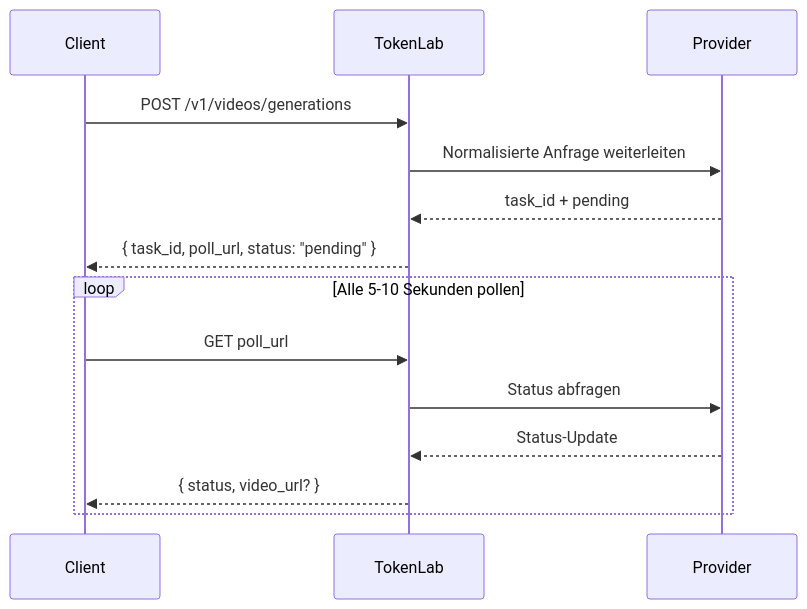
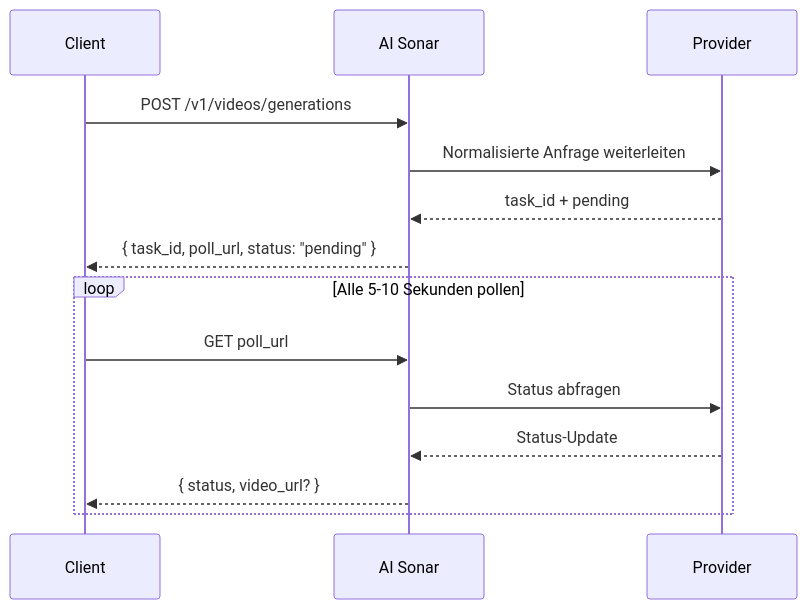
The diagram in de/guides/video-generation.mdx (hedging8563/aisonar-docs), drawn with Mermaid before and after one commit. The commit also changed other lines of this file and 1036 other files, not shown here.

````diff
--- a/de/guides/video-generation.mdx
+++ b/de/guides/video-generation.mdx
@@ -24,18 +24,18 @@
 ```mermaid
 sequenceDiagram
     participant Client
-    participant TokenLab
+    participant AI Sonar
     participant Provider
 
-    Client->>TokenLab: POST /v1/videos/generations
-    TokenLab->>Provider: Normalisierte Anfrage weiterleiten
-    Provider-->>TokenLab: task_id + pending
-    TokenLab-->>Client: { task_id, poll_url, status: "pending" }
+    Client->>AI Sonar: POST /v1/videos/generations
+    AI Sonar->>Provider: Normalisierte Anfrage weiterleiten
+    Provider-->>AI Sonar: task_id + pending
+    AI Sonar-->>Client: { task_id, poll_url, status: "pending" }
 
     loop Alle 5-10 Sekunden pollen
-        Client->>TokenLab: GET poll_url
-        TokenLab->>Provider: Status abfragen
-        Provider-->>TokenLab: Status-Update
-        TokenLab-->>Client: { status, video_url? }
+        Client->>AI Sonar: GET poll_url
+        AI Sonar->>Provider: Status abfragen
+        Provider-->>AI Sonar: Status-Update
+        AI Sonar-->>Client: { status, video_url? }
     end
 ```
````
